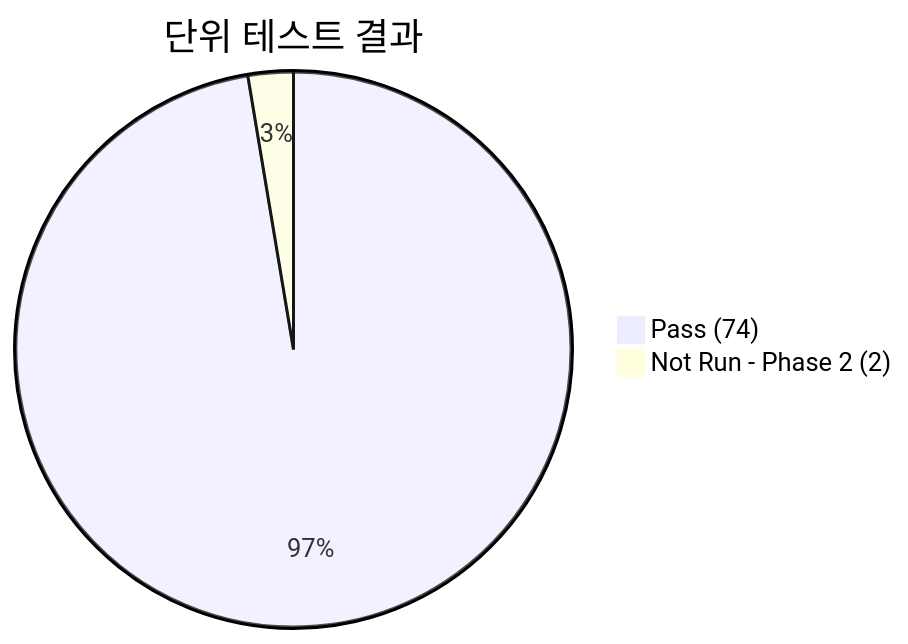
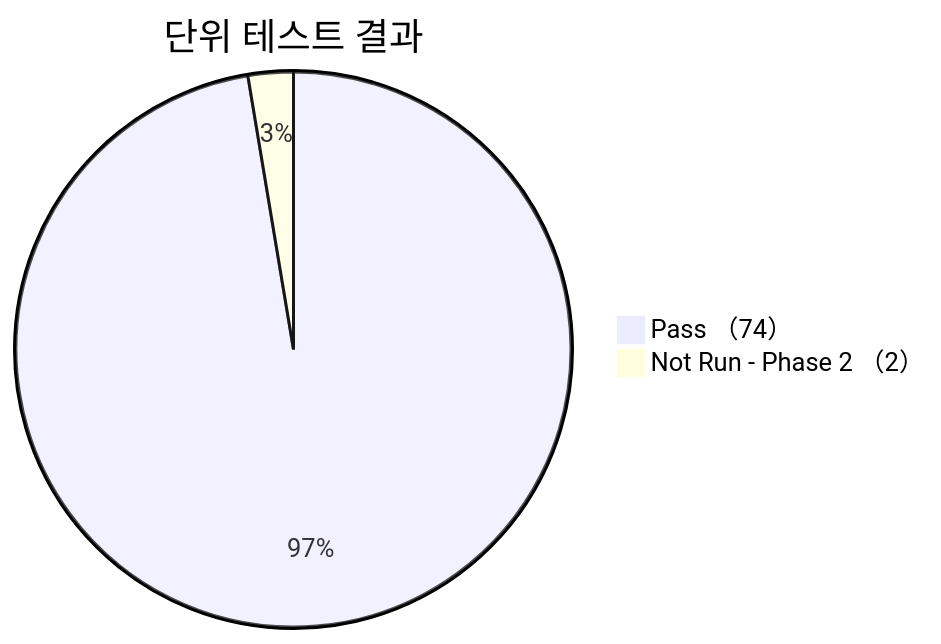
One commit to holee9/console-gui changed the diagram in docs/testing/DOC-022_UTReport_v1.0.md. Above: the diagram before and after it, drawn with Mermaid. The commit also changed 19 other files, not shown here.

First line of the commit message:
fix: quadrantChart/pie/timeline 등 비flowchart 차트 파싱 오류 전면 수정

````diff
--- a/docs/testing/DOC-022_UTReport_v1.0.md
+++ b/docs/testing/DOC-022_UTReport_v1.0.md
@@ -61,5 +61,5 @@
 ```mermaid
 pie title 단위 테스트 결과
-    "Pass (74)" : 74
-    "Not Run - Phase 2 (2)" : 2
+    "Pass （74）" : 74
+    "Not Run - Phase 2 （2）" : 2
 ```
````
